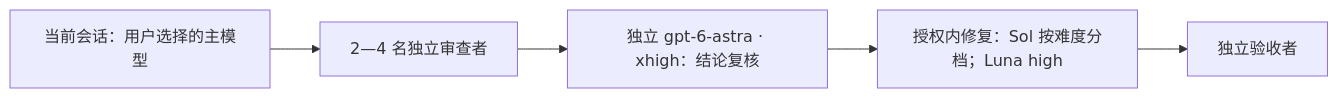
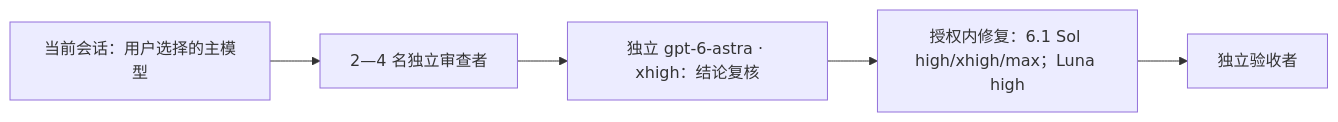
One commit to chips-lxm/deep-project-review changed the diagram in README.zh-CN.md. Above: the diagram before and after it, drawn with Mermaid. The commit also changed other lines of this file and 39 other files, not shown here.

````diff
--- a/README.zh-CN.md
+++ b/README.zh-CN.md
@@ -7,7 +7,7 @@
 ```mermaid
 flowchart LR
   L["当前会话：用户选择的主模型"] --> R["2—4 名独立审查者"]
   R --> A["独立 gpt-6-astra · xhigh：结论复核"]
-  A --> F["授权内修复：Sol 按难度分档；Luna high"]
+  A --> F["授权内修复：6.1 Sol high/xhigh/max；Luna high"]
   F --> V["独立验收者"]
 ```
````
